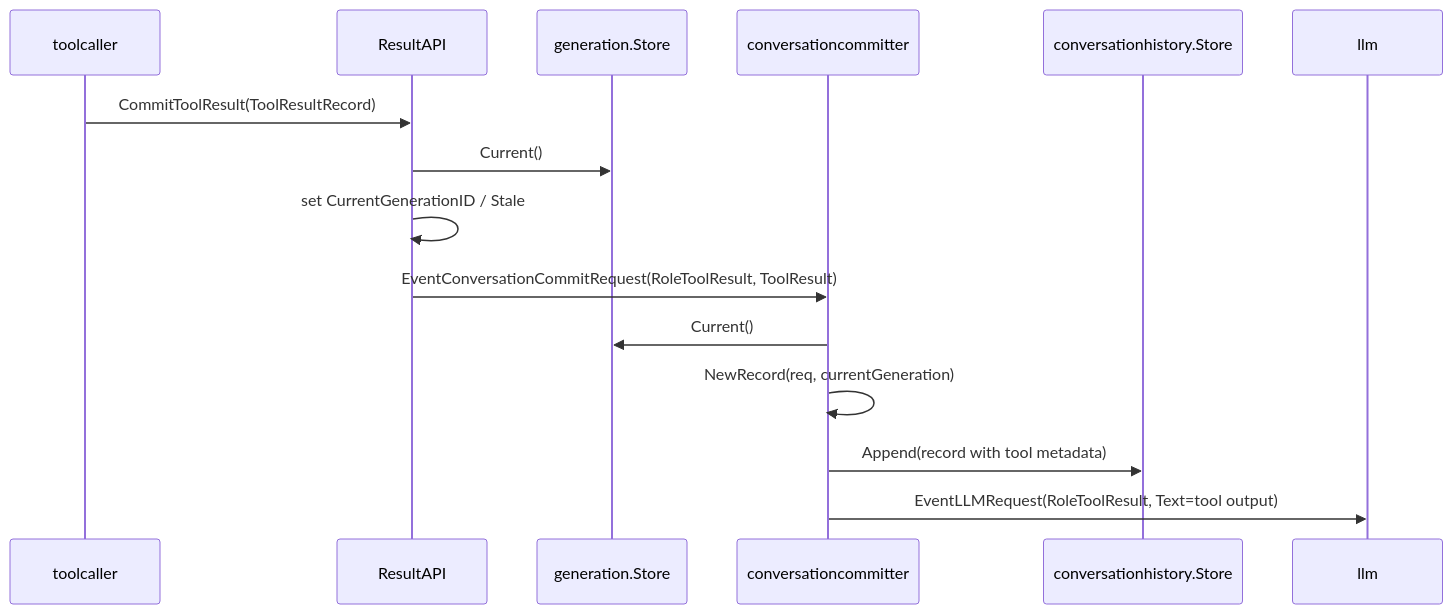
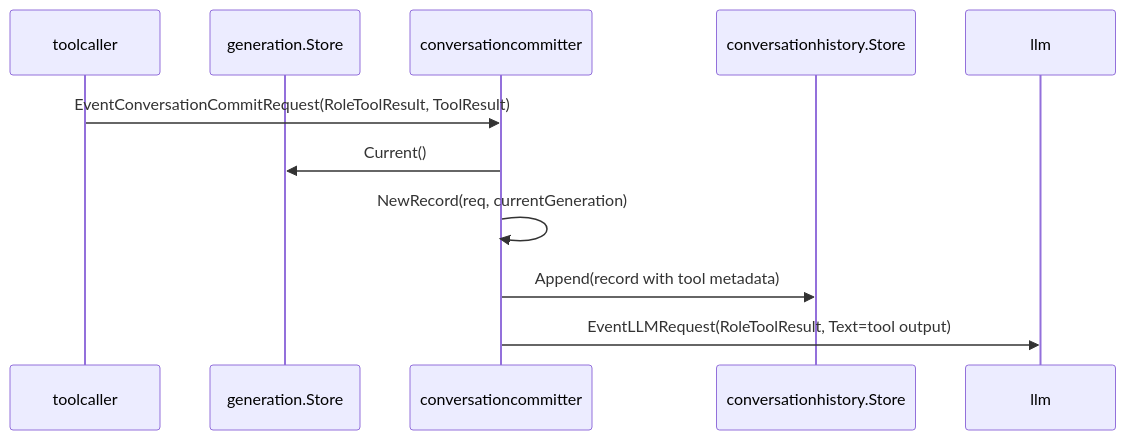
Before and after one commit to tetetratra/smart-speaker: the third of 3 diagrams in docs/components/conversationcommitter.md, drawn with Mermaid. The commit also changed other lines of this file and 12 other files, not shown here.

````diff
--- a/docs/components/conversationcommitter.md
+++ b/docs/components/conversationcommitter.md
@@ -125,18 +120,14 @@
 ```mermaid
 sequenceDiagram
     participant TC as toolcaller
-    participant API as ResultAPI
     participant Gen as generation.Store
     participant CC as conversationcommitter
     participant Hist as conversationhistory.Store
     participant LLM as llm
 
-    TC->>API: CommitToolResult(ToolResultRecord)
-    API->>Gen: Current()
-    API->>API: set CurrentGenerationID / Stale
-    API->>CC: EventConversationCommitRequest(RoleToolResult, ToolResult)
+    TC->>CC: EventConversationCommitRequest(RoleToolResult, ToolResult)
     CC->>Gen: Current()
     CC->>CC: NewRecord(req, currentGeneration)
     CC->>Hist: Append(record with tool metadata)
     CC->>LLM: EventLLMRequest(RoleToolResult, Text=tool output)
 ```
````
